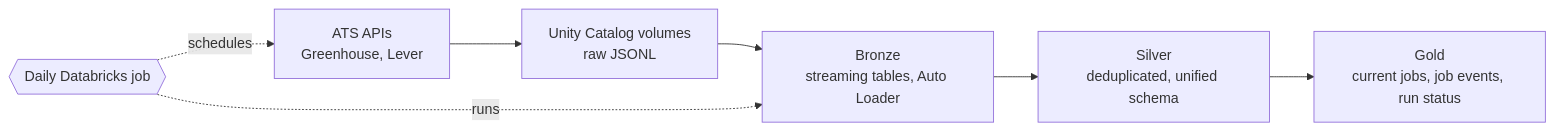
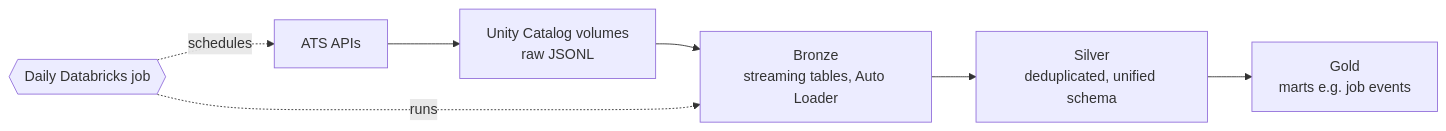
The diagram in projects/BJH - job market warehouse/README.md (safakatakancelik/portfolio-public), drawn with Mermaid before and after one commit. The commit also changed other lines of this file, not shown here.

Commit message:
Update job market warehouse README

````diff
--- a/projects/BJH - job market warehouse/README.md
+++ b/projects/BJH - job market warehouse/README.md
@@ -11,9 +11,9 @@
 ```mermaid
 flowchart LR
-    A[ATS APIs<br/>Greenhouse, Lever] --> B[Unity Catalog volumes<br/>raw JSONL]
+    A[ATS APIs<br/>] --> B[Unity Catalog volumes<br/>raw JSONL]
     B --> C[Bronze<br/>streaming tables, Auto Loader]
     C --> D[Silver<br/>deduplicated, unified schema]
-    D --> E[Gold<br/>current jobs, job events, run status]
+    D --> E[Gold<br/>marts e.g. job events]
     J{{Daily Databricks job}} -.schedules.-> A
     J -.runs.-> C
 ```
````
